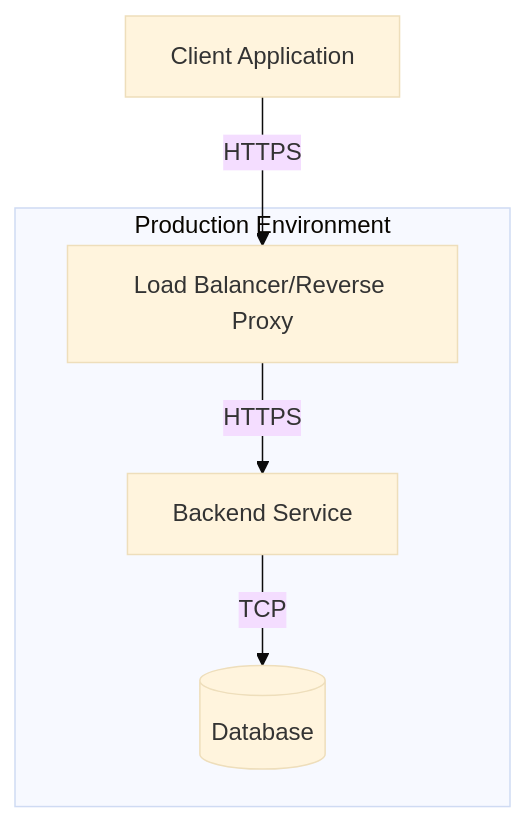
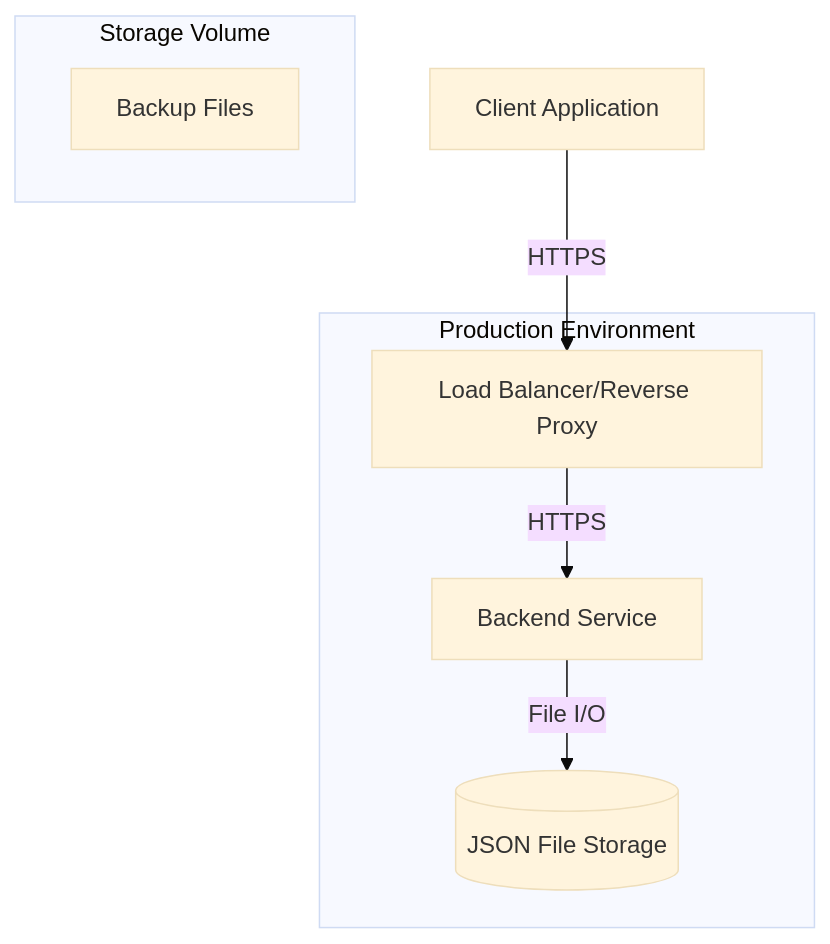
Before and after one commit to midearth-labs/web-agent-protocol: the tenth of 11 diagrams in todo-app/docs/design/hld.md, drawn with Mermaid (base theme). The commit also changed other lines of this file and 5 other files, not shown here.

````diff
--- a/todo-app/docs/design/hld.md
+++ b/todo-app/docs/design/hld.md
@@ -531,13 +595,18 @@
 ```mermaid
 graph TB
     subgraph "Production Environment"
         LB[Load Balancer/Reverse Proxy]
         APP[Backend Service]
-        DB[(Database)]
+        FS[(JSON File Storage)]
         
         LB -->|HTTPS| APP
-        APP -->|TCP| DB
+        APP -->|File I/O| FS
     end
     
     Client[Client Application] -->|HTTPS| LB
+    
+    subgraph "Storage Volume"
+        FS
+        Backup[Backup Files]
+    end
 ```
````
